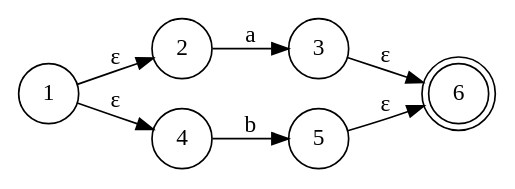
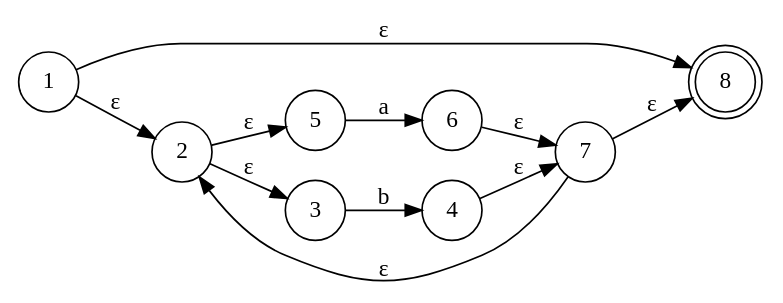
Before and after one commit to josepablito16/Regex-Engine: the diagram in Entrega final/fsm.gv, drawn with Graphviz. The commit also changed 2 other files, not shown here.

```diff
--- a/Entrega final/fsm.gv
+++ b/Entrega final/fsm.gv
@@ -1,12 +1,16 @@
 digraph finite_state_machine {
 	rankdir=LR size="8,5"
 	node [shape=doublecircle]
-	6
+	8
 	node [shape=circle]
 	1 -> 2 [label="ε"]
-	1 -> 4 [label="ε"]
-	4 -> 5 [label=b]
-	5 -> 6 [label="ε"]
-	2 -> 3 [label=a]
-	3 -> 6 [label="ε"]
+	1 -> 8 [label="ε"]
+	2 -> 5 [label="ε"]
+	2 -> 3 [label="ε"]
+	3 -> 4 [label=b]
+	4 -> 7 [label="ε"]
+	5 -> 6 [label=a]
+	6 -> 7 [label="ε"]
+	7 -> 2 [label="ε"]
+	7 -> 8 [label="ε"]
 }
```
